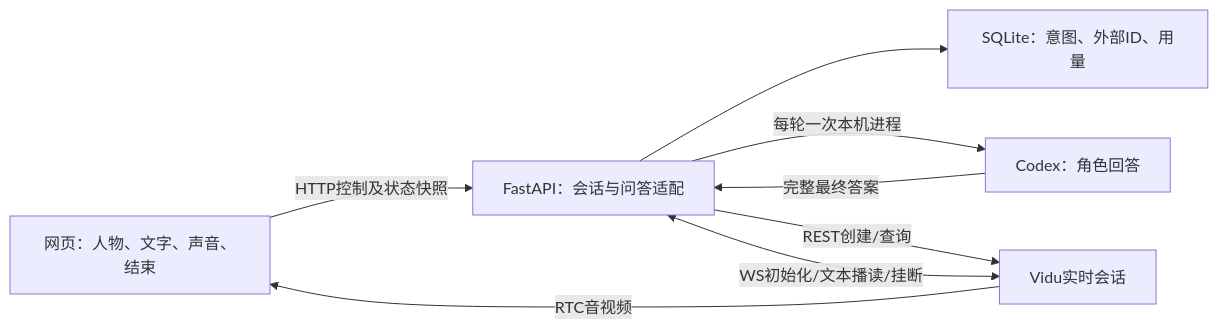
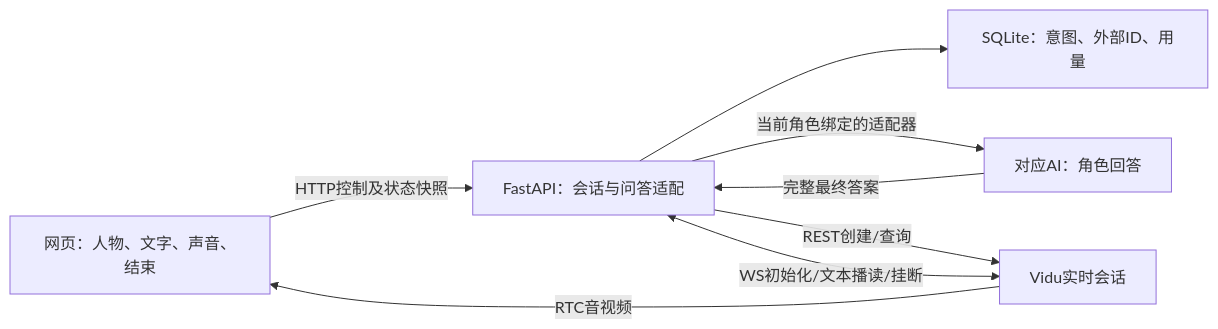
The diagram in docs/design/03-Vidu网页PoC最小业务设计.md (StephenQiu30/voira), drawn with Mermaid before and after one commit. The commit also changed other lines of this file and 168 other files, not shown here.

````diff
--- a/docs/design/03-Vidu网页PoC最小业务设计.md
+++ b/docs/design/03-Vidu网页PoC最小业务设计.md
@@ -29,10 +31,10 @@
 ```mermaid
 flowchart LR
   U["网页：人物、文字、声音、结束"] -->|"HTTP控制及状态快照"| B["FastAPI：会话与问答适配"]
   B --> D["SQLite：意图、外部ID、用量"]
-  B -->|"每轮一次本机进程"| C["Codex：角色回答"]
+  B -->|"当前角色绑定的适配器"| C["对应AI：角色回答"]
   C -->|"完整最终答案"| B
   B -->|"REST创建/查询"| V["Vidu实时会话"]
   B <-->|"WS初始化/文本播读/挂断"| V
   V -->|"RTC音视频"| U
 ```
````
